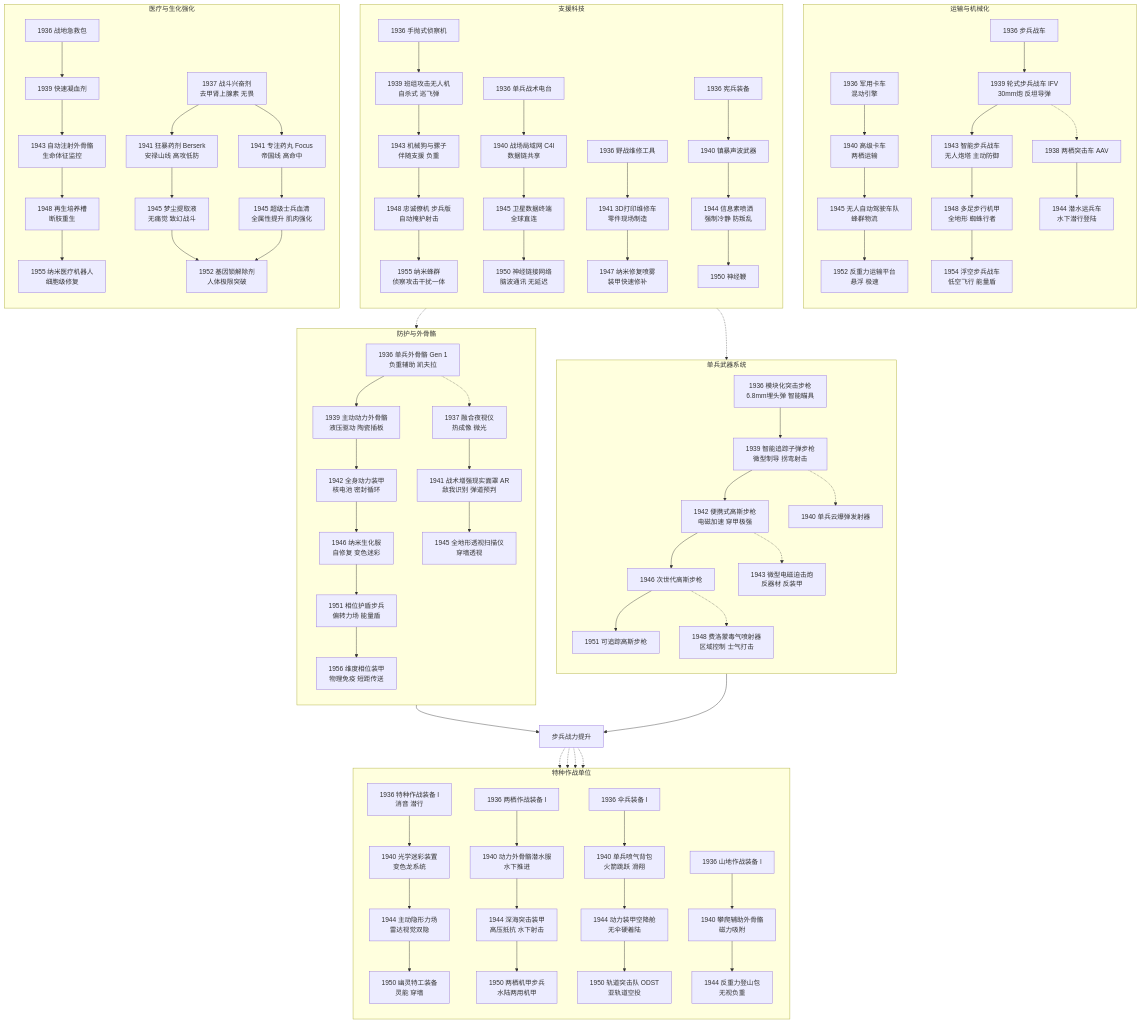
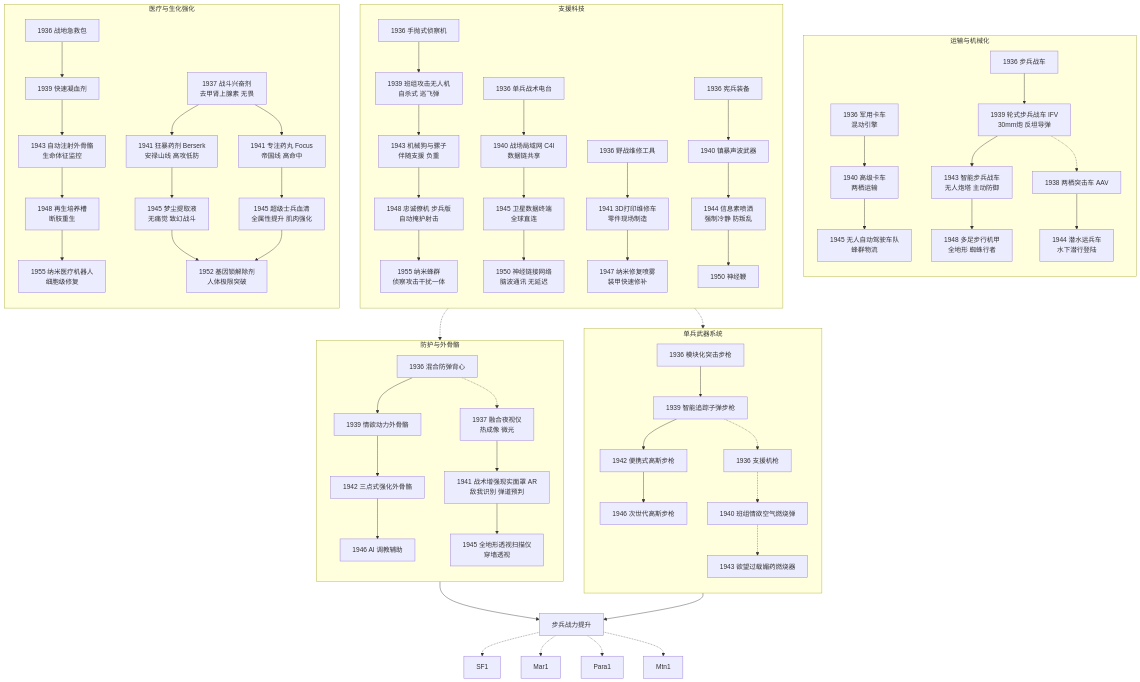
One commit to Sunnysky0/Plentiful-World changed the diagram in tech_designs/01_infantry.mmd. Above: the diagram before and after it, drawn with Mermaid. The commit also changed 12319 other files, not shown here.

```diff
--- a/tech_designs/01_infantry.mmd
+++ b/tech_designs/01_infantry.mmd
@@ -1,107 +1,84 @@
 graph TD
     subgraph Weapons [单兵武器系统]
         direction TB
-        Wpn1["1936 模块化突击步枪<br/>6.8mm埋头弹 智能瞄具"]
-        Wpn2["1939 智能追踪子弹步枪<br/>微型制导 拐弯射击"]
-        Wpn3["1942 便携式高斯步枪<br/>电磁加速 穿甲极强"]
+        Wpn1["1936 模块化突击步枪"]
+        Wpn2["1939 智能追踪子弹步枪"]
+        Wpn3["1942 便携式高斯步枪"]
         Wpn4["1946 次世代高斯步枪"]
-        Wpn5["1951 可追踪高斯步枪"]
 
-        Wpn1 --> Wpn2 --> Wpn3 --> Wpn4 --> Wpn5
-        Wpn2 -.-> HW1["1940 单兵云爆弹发射器"]
-        Wpn3 -.-> HW2["1943 微型电磁迫击炮<br/>反器材 反装甲"]
-        Wpn4 -.-> HW3["1948 费洛蒙毒气喷射器<br/>区域控制 士气打击"]
+        Wpn1 --> Wpn2 --> Wpn3 --> Wpn4
+        Wpn2 -.-> HW1["1936 支援机枪"]
+        HW1 -.-> HW2["1940 班组情欲空气燃烧弹"]
+        HW2 -.-> HW3["1943 欲望过载媚药燃烧器"]
     end
 
     subgraph Equipment [防护与外骨骼]
         direction TB
-        Eq1["1936 单兵外骨骼 Gen 1<br/>负重辅助 凯夫拉"]
-        Eq2["1939 主动动力外骨骼<br/>液压驱动 陶瓷插板"]
-        Eq3["1942 全身动力装甲<br/>核电池 密封循环"]
-        Eq4["1946 纳米生化服<br/>自修复 变色迷彩"]
-        Eq5["1951 相位护盾步兵<br/>偏转力场 能量盾"]
-        Eq6["1956 维度相位装甲<br/>物理免疫 短距传送"]
+        Eq1["1936 混合防弹背心"]
+        Eq2["1939 情欲动力外骨骼"]
+        Eq3["1942 三点式强化外骨骼"]
+        Eq4["1946 AI 调教辅助"]
 
-        Eq1 --> Eq2 --> Eq3 --> Eq4 --> Eq5 --> Eq6
+        Eq1 --> Eq2 --> Eq3 --> Eq4
         Eq1 -.-> Opt1["1937 融合夜视仪<br/>热成像 微光"]
         Opt1 --> Opt2["1941 战术增强现实面罩 AR<br/>敌我识别 弹道预判"]
         Opt2 --> Opt3["1945 全地形透视扫描仪<br/>穿墙透视"]
-    end
-
-    subgraph Special_Forces [特种作战单位]
-        direction TB
-        SF1["1936 特种作战装备 I<br/>消音 潜行"] --> SF2["1940 光学迷彩装置<br/>变色龙系统"]
-        SF2 --> SF3["1944 主动隐形力场<br/>雷达视觉双隐"]
-        SF3 --> SF4["1950 幽灵特工装备<br/>灵能 穿墙"]
-
-        Mar1["1936 两栖作战装备 I"] --> Mar2["1940 动力外骨骼潜水服<br/>水下推进"]
-        Mar2 --> Mar3["1944 深海突击装甲<br/>高压抵抗 水下射击"]
-        Mar3 --> Mar4["1950 两栖机甲步兵<br/>水陆两用机甲"]
-
-        Para1["1936 伞兵装备 I"] --> Para2["1940 单兵喷气背包<br/>火箭跳跃 滑翔"]
-        Para2 --> Para3["1944 动力装甲空降舱<br/>无伞硬着陆"]
-        Para3 --> Para4["1950 轨道突击队 ODST<br/>亚轨道空投"]
-
-        Mtn1["1936 山地作战装备 I"] --> Mtn2["1940 攀爬辅助外骨骼<br/>磁力吸附"]
-        Mtn2 --> Mtn3["1944 反重力登山包<br/>无视负重"]
     end
 
     subgraph Vehicles [运输与机械化]
         direction TB
         Trk1["1936 军用卡车<br/>混动引擎"] --> Trk2["1940 高级卡车<br/>两栖运输"]
         Trk2 --> Trk3["1945 无人自动驾驶车队<br/>蜂群物流"]
-        Trk3 --> Trk4["1952 反重力运输平台<br/>悬浮 极速"]
 
         Mech1["1936 步兵战车"] --> Mech2["1939 轮式步兵战车 IFV<br/>30mm炮 反坦导弹"]
         Mech2 --> Mech3["1943 智能步兵战车<br/>无人炮塔 主动防御"]
         Mech3 --> Mech4["1948 多足步行机甲<br/>全地形 蜘蛛行者"]
-        Mech4 --> Mech5["1954 浮空步兵战车<br/>低空飞行 能量盾"]
 
         Amph1["1938 两栖突击车 AAV"] --> Amph2["1944 潜水运兵车<br/>水下潜行登陆"]
     end
 
     subgraph Support [支援科技]
         direction TB
         Rec1["1936 手抛式侦察机"] --> Rec2["1939 班组攻击无人机<br/>自杀式 巡飞弹"]
         Rec2 --> Rec3["1943 机械狗与骡子<br/>伴随支援 负重"]
         Rec3 --> Rec4["1948 忠诚僚机 步兵版<br/>自动掩护射击"]
         Rec4 --> Rec5["1955 纳米蜂群<br/>侦察攻击干扰一体"]
 
         Com1["1936 单兵战术电台"] --> Com2["1940 战场局域网 C4I<br/>数据链共享"]
         Com2 --> Com3["1945 卫星数据终端<br/>全球直连"]
         Com3 --> Com4["1950 神经链接网络<br/>脑波通讯 无延迟"]
 
         Maint1["1936 野战维修工具"] --> Maint2["1941 3D打印维修车<br/>零件现场制造"]
         Maint2 --> Maint3["1947 纳米修复喷雾<br/>装甲快速修补"]
 
         MP1["1936 宪兵装备"] --> MP2["1940 镇暴声波武器"]
         MP2 --> MP3["1944 信息素喷洒<br/>强制冷静 防叛乱"]
         MP3 --> MP4["1950 神经鞭"]
     end
 
     subgraph Medical [医疗与生化强化]
         direction TB
         Med1["1936 战地急救包"] --> Med2["1939 快速凝血剂"]
         Med2 --> Med3["1943 自动注射外骨骼<br/>生命体征监控"]
         Med3 --> Med4["1948 再生培养槽<br/>断肢重生"]
         Med4 --> Med5["1955 纳米医疗机器人<br/>细胞级修复"]
 
         Drug1["1937 战斗兴奋剂<br/>去甲肾上腺素 无畏"]
         Drug1 --> Drug2["1941 狂暴药剂 Berserk<br/>安禄山线 高攻低防"]
         Drug1 --> Drug3["1941 专注药丸 Focus<br/>帝国线 高命中"]
         Drug2 --> Drug4["1945 梦尘提取液<br/>无痛觉 致幻战斗"]
         Drug3 --> Drug5["1945 超级士兵血清<br/>全属性提升 肌肉强化"]
         Drug4 --> Drug6["1952 基因锁解除剂<br/>人体极限突破"]
         Drug5 --> Drug6
     end
 
     Wpn1 --> Inf_Link["步兵战力提升"]
     Eq1 --> Inf_Link
     Inf_Link -.-> SF1
     Inf_Link -.-> Mar1
     Inf_Link -.-> Para1
     Inf_Link -.-> Mtn1
 
     Rec1 -.-> Wpn2
     Com2 -.-> Opt2
     Mech2 -.-> Amph1
```
